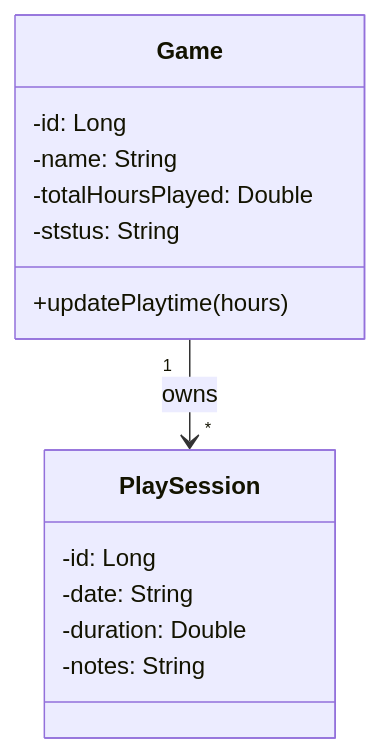
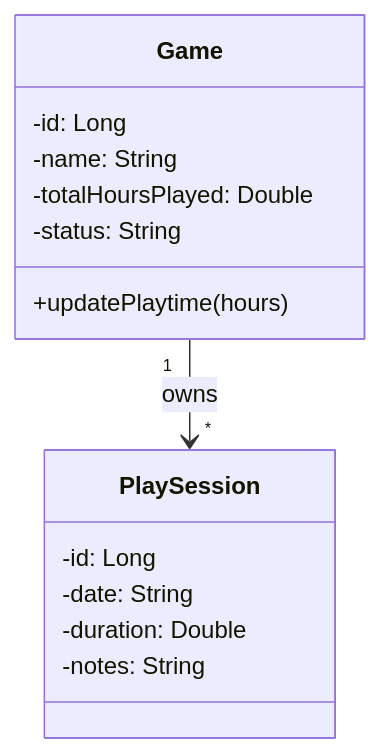
Before and after one commit to DavLien/cen5064-project-liendo: the third of 4 diagrams in README.md, drawn with Mermaid.

Commit message:
Fixed small typo in Line 65
Line 65:
"- ststus: String" changed to "- status: String"

````diff
--- a/README.md
+++ b/README.md
@@ -58,20 +58,20 @@
 ```mermaid
 %% Class diagram: your 3–4 core domain classes.
 classDiagram
     class Game {
         -id: Long
         -name: String
         -totalHoursPlayed: Double
-        -ststus: String
+        -status: String
         +updatePlaytime(hours)
     }
 
     class PlaySession {
         -id: Long
         -date: String
         -duration: Double
         -notes: String
     }
 
     Game "1" --> "*" PlaySession : owns
 ```
````
